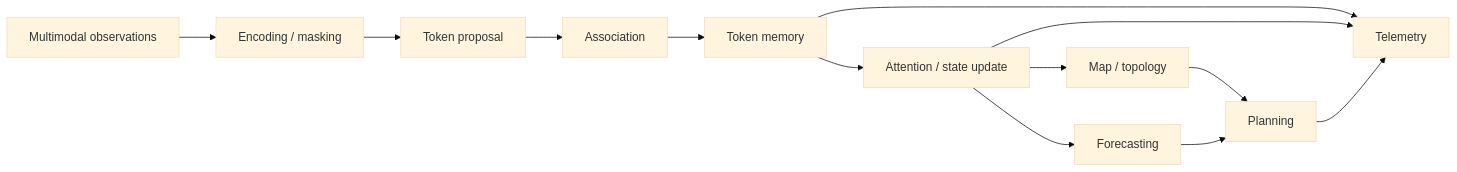
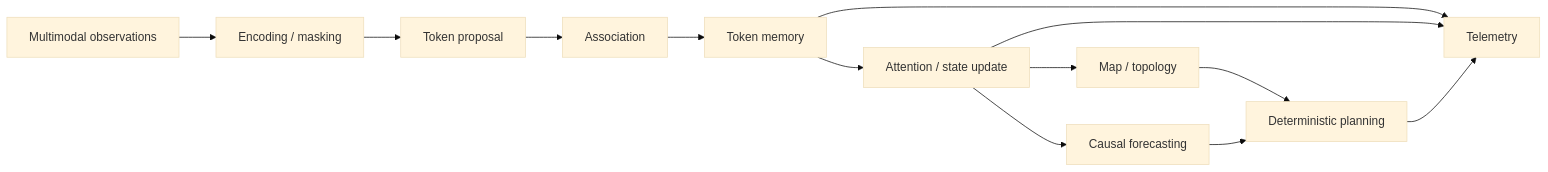
The third of 3 diagrams in docs/architecture.md (MatPomGit/s4d-tam), drawn with Mermaid (base theme) before and after one commit. The commit also changed other lines of this file and 14 other files, not shown here.

````diff
--- a/docs/architecture.md
+++ b/docs/architecture.md
@@ -64,15 +87,15 @@
 ```mermaid
 flowchart LR
     A[Multimodal observations] --> B[Encoding / masking]
     B --> C[Token proposal]
     C --> D[Association]
     D --> E[Token memory]
     E --> F[Attention / state update]
     F --> G[Map / topology]
-    F --> H[Forecasting]
-    G --> I[Planning]
+    F --> H[Causal forecasting]
+    G --> I[Deterministic planning]
     H --> I
     E --> J[Telemetry]
     F --> J
     I --> J
 ```
````
